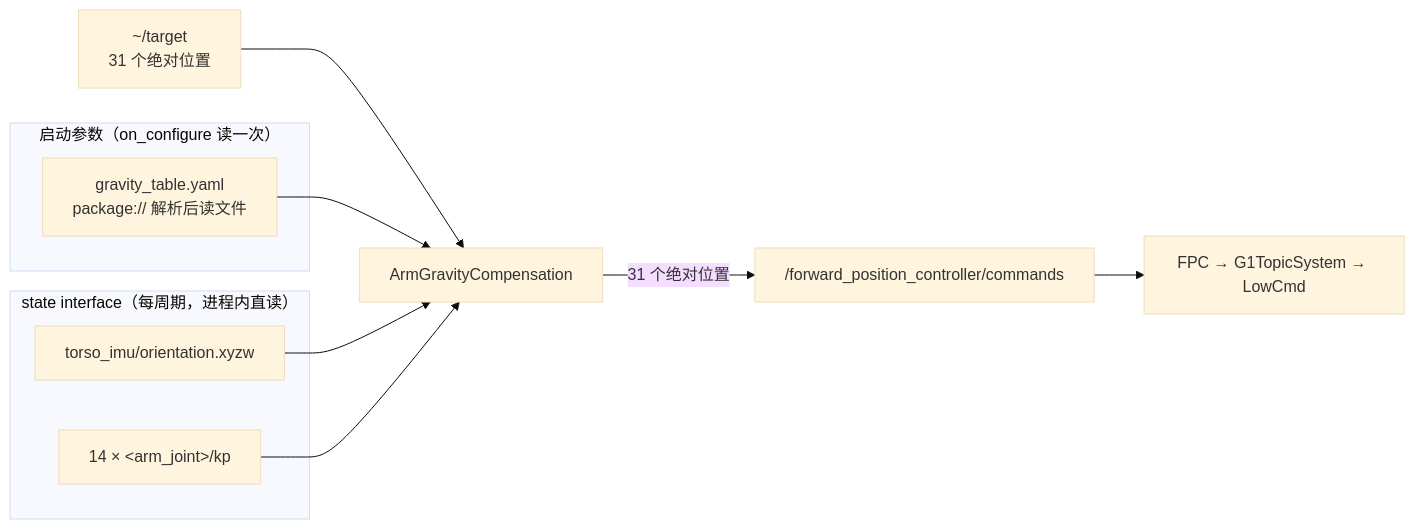
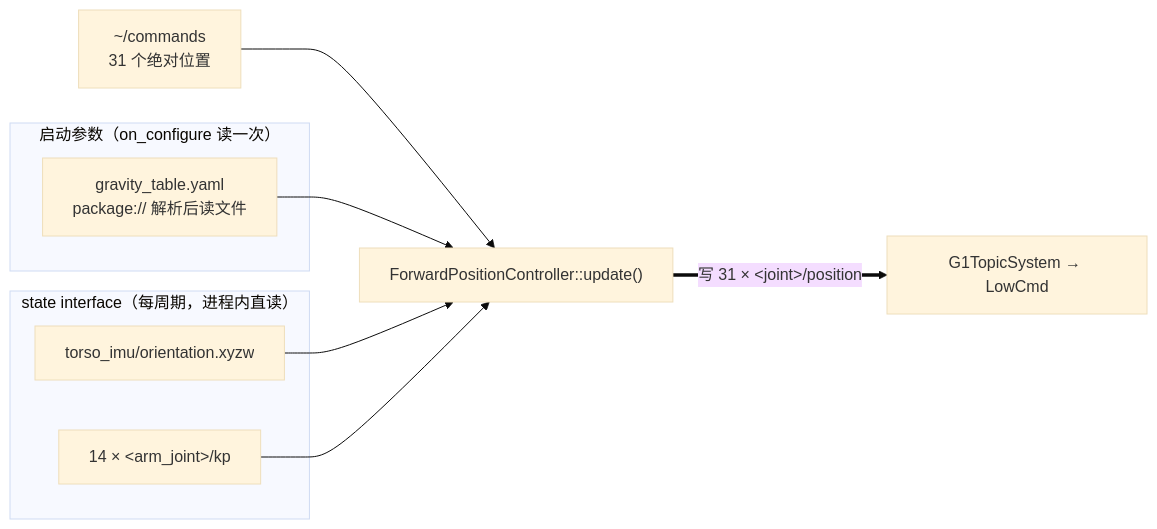
The third of 3 diagrams in src/unitree_g1_ros2_control/README.md (yizhongzhang1989/Unitree_G1_Workspace), drawn with Mermaid (base theme) before and after one commit. The commit also changed other lines of this file and 87 other files, not shown here.

````diff
--- a/src/unitree_g1_ros2_control/README.md
+++ b/src/unitree_g1_ros2_control/README.md
@@ -186,16 +179,15 @@
 ```mermaid
 graph LR
     subgraph P["启动参数（on_configure 读一次）"]
         Y["gravity_table.yaml<br/>package:// 解析后读文件"]
     end
     subgraph S["state interface（每周期，进程内直读）"]
         I["torso_imu/orientation.xyzw"]
         K["14 × &lt;arm_joint&gt;/kp"]
     end
-    T["~/target<br/>31 个绝对位置"] --> C
-    Y --> C["ArmGravityCompensation"]
+    T["~/commands<br/>31 个绝对位置"] --> C
+    Y --> C["ForwardPositionController::update()"]
     I --> C
     K --> C
-    C -->|"31 个绝对位置"| F["/forward_position_controller/commands"]
-    F --> G["FPC → G1TopicSystem → LowCmd"]
+    C ==>|"写 31 × &lt;joint&gt;/position"| G["G1TopicSystem → LowCmd"]
 ```
````
